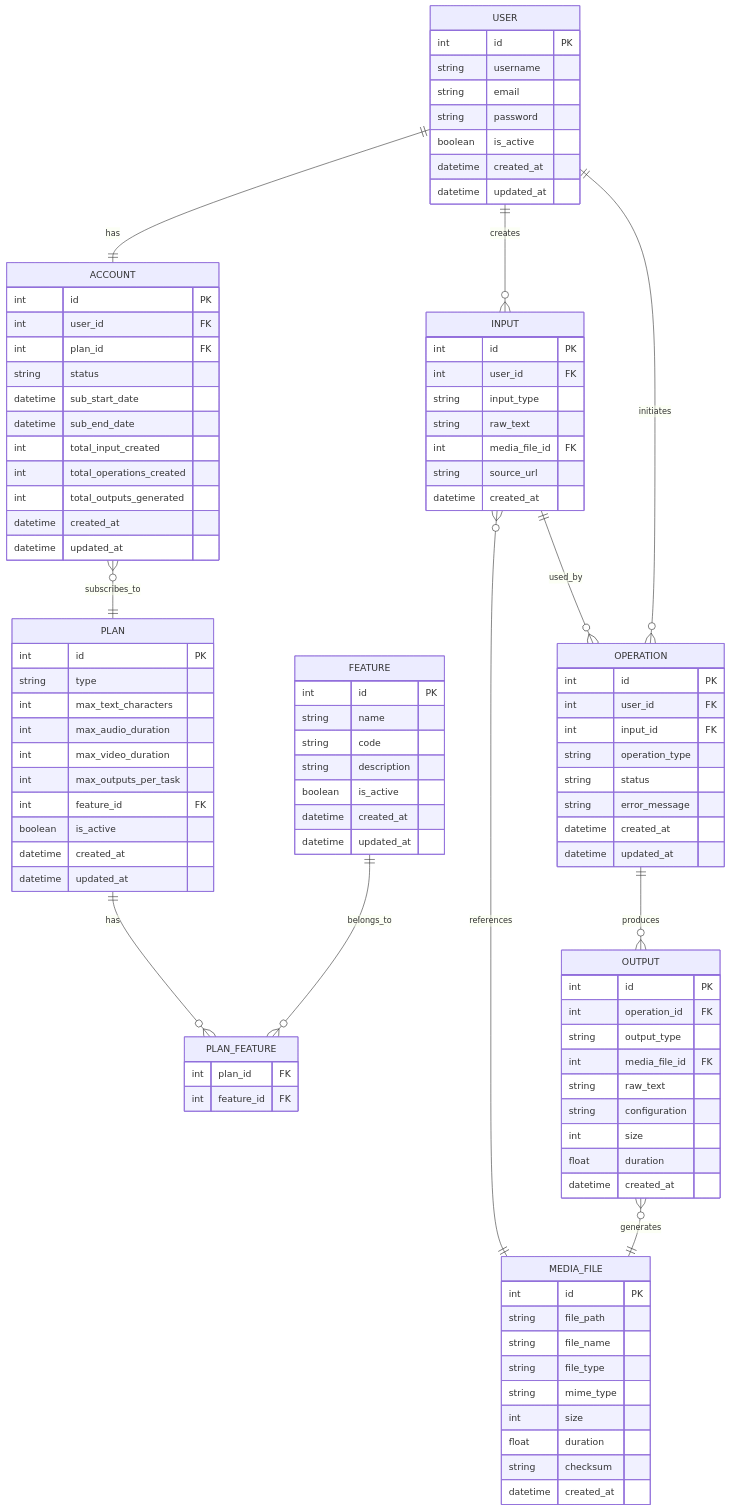
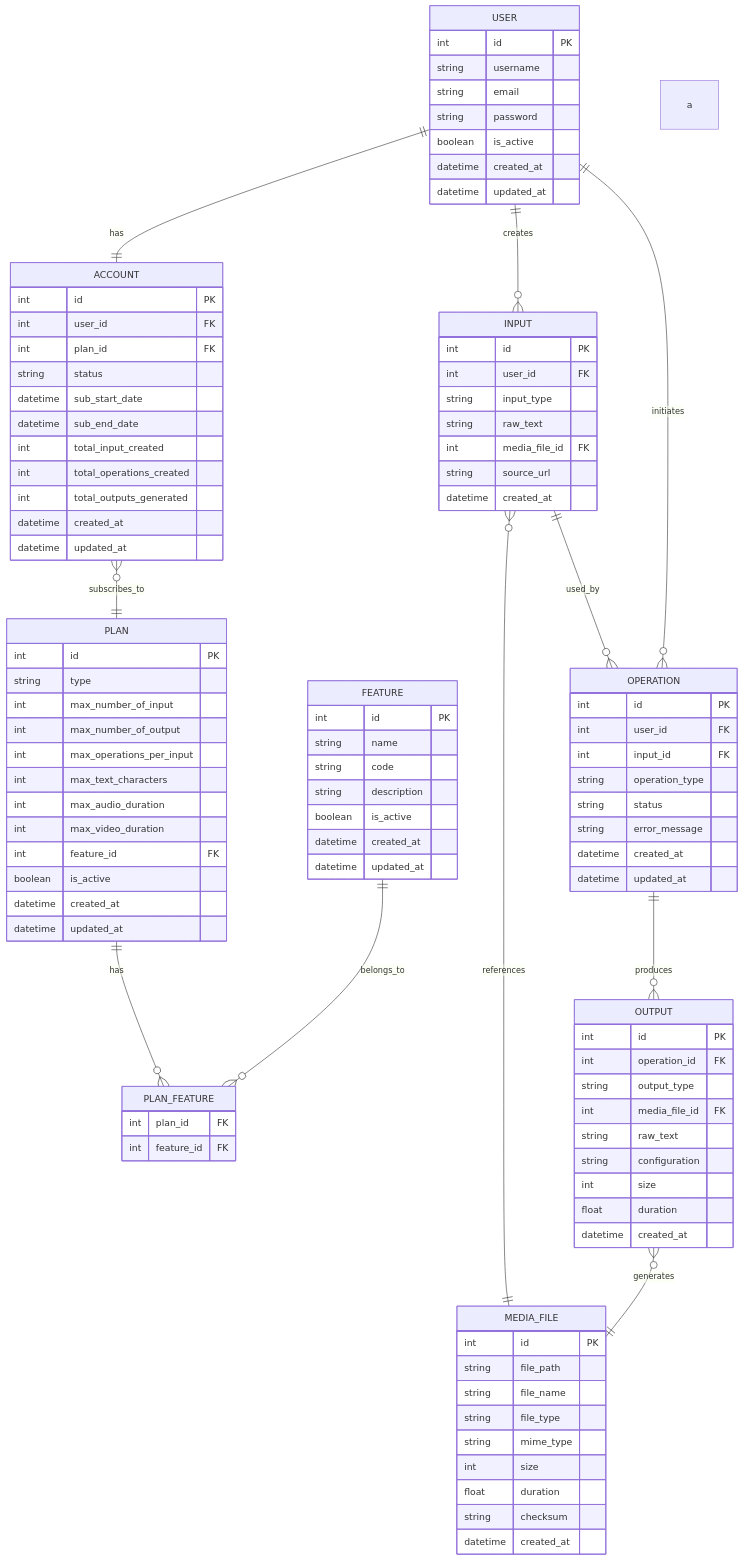
One commit to NelMatrix743/text-speaker-io changed the diagram in ERD.md. Above: the diagram before and after it, drawn with Mermaid.

Commit message:
feat: update plan entity to track max input, output, and operations per input

```diff
--- a/ERD.md
+++ b/ERD.md
@@ -28,10 +28,12 @@
     PLAN {
         int id PK
         string type
+        int max_number_of_input
+        int max_number_of_output
+        int max_operations_per_input
         int max_text_characters
         int max_audio_duration
         int max_video_duration
-        int max_outputs_per_task
         int feature_id FK
         boolean is_active
         datetime created_at
@@ -73,7 +75,7 @@
         int media_file_id FK
         string source_url
         datetime created_at
-    }
+    }a
 
     OPERATION {
         int id PK
```
